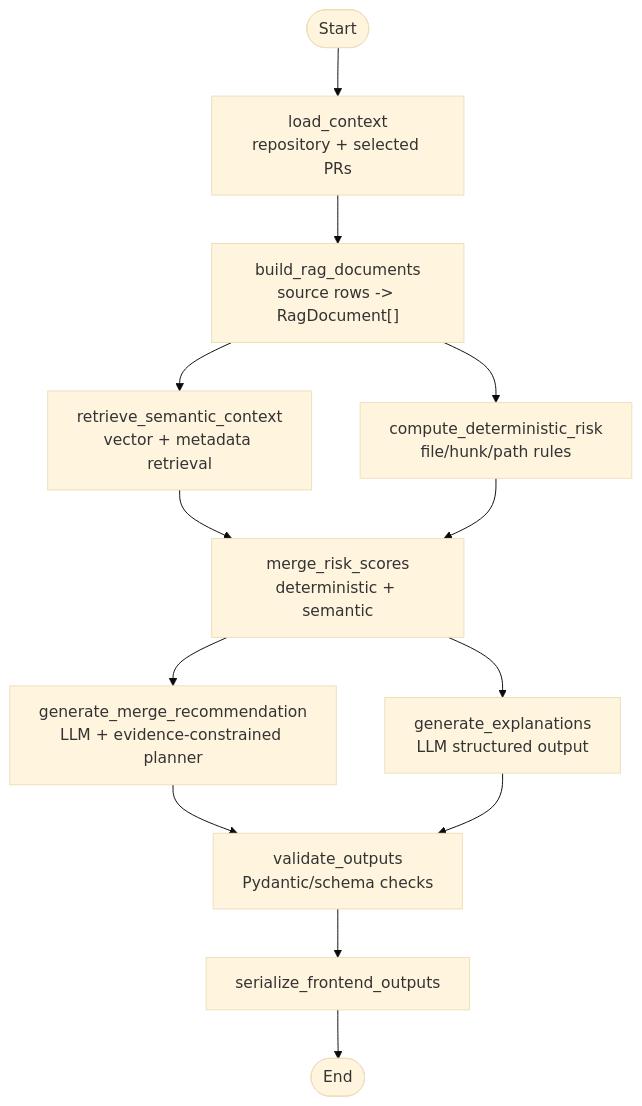
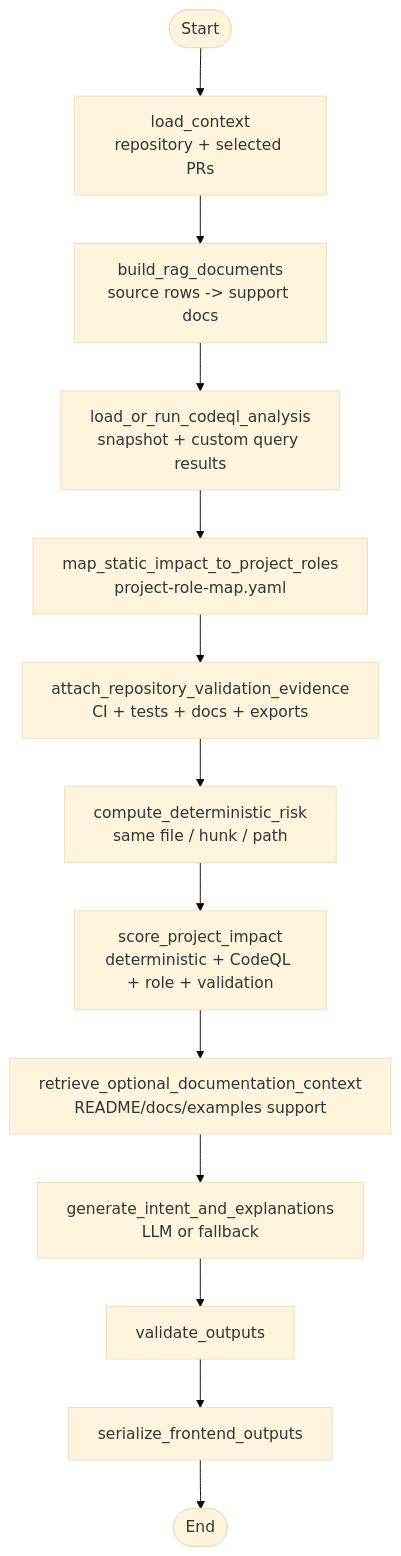
One commit to KFJG-Team1/rag-board changed the second of 2 diagrams in docs/rag.md. Above: the diagram before and after it, drawn with Mermaid (base theme). The commit also changed other lines of this file and 81 other files, not shown here.

````diff
--- a/docs/rag.md
+++ b/docs/rag.md
@@ -493,27 +1100,19 @@
 ```mermaid
 flowchart TD
     Start([Start])
     Load["load_context<br/>repository + selected PRs"]
-    Build["build_rag_documents<br/>source rows -> RagDocument[]"]
-    Retrieve["retrieve_semantic_context<br/>vector + metadata retrieval"]
-    Risk["compute_deterministic_risk<br/>file/hunk/path rules"]
-    MergeScores["merge_risk_scores<br/>deterministic + semantic"]
-    Recommend["generate_merge_recommendation<br/>LLM + evidence-constrained planner"]
-    Explain["generate_explanations<br/>LLM structured output"]
-    Validate["validate_outputs<br/>Pydantic/schema checks"]
+    Docs["build_rag_documents<br/>source rows -> support docs"]
+    CodeQL["load_or_run_codeql_analysis<br/>snapshot + custom query results"]
+    Roles["map_static_impact_to_project_roles<br/>project-role-map.yaml"]
+    Validation["attach_repository_validation_evidence<br/>CI + tests + docs + exports"]
+    Deterministic["compute_deterministic_risk<br/>same file / hunk / path"]
+    Score["score_project_impact<br/>deterministic + CodeQL + role + validation"]
+    Semantic["retrieve_optional_documentation_context<br/>README/docs/examples support"]
+    Explain["generate_intent_and_explanations<br/>LLM or fallback"]
+    Validate["validate_outputs"]
     Serialize["serialize_frontend_outputs"]
     End([End])
 
-    Start --> Load
-    Load --> Build
-    Build --> Retrieve
-    Build --> Risk
-    Retrieve --> MergeScores
-    Risk --> MergeScores
-    MergeScores --> Recommend
-    MergeScores --> Explain
-    Recommend --> Validate
-    Explain --> Validate
-    Validate --> Serialize
-    Serialize --> End
+    Start --> Load --> Docs --> CodeQL --> Roles --> Validation --> Deterministic
+    Deterministic --> Score --> Semantic --> Explain --> Validate --> Serialize --> End
 ```
````
